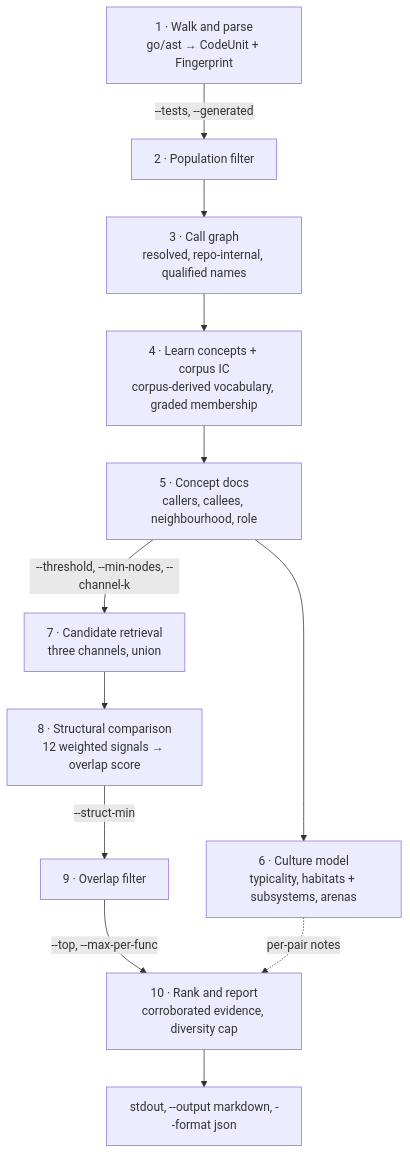
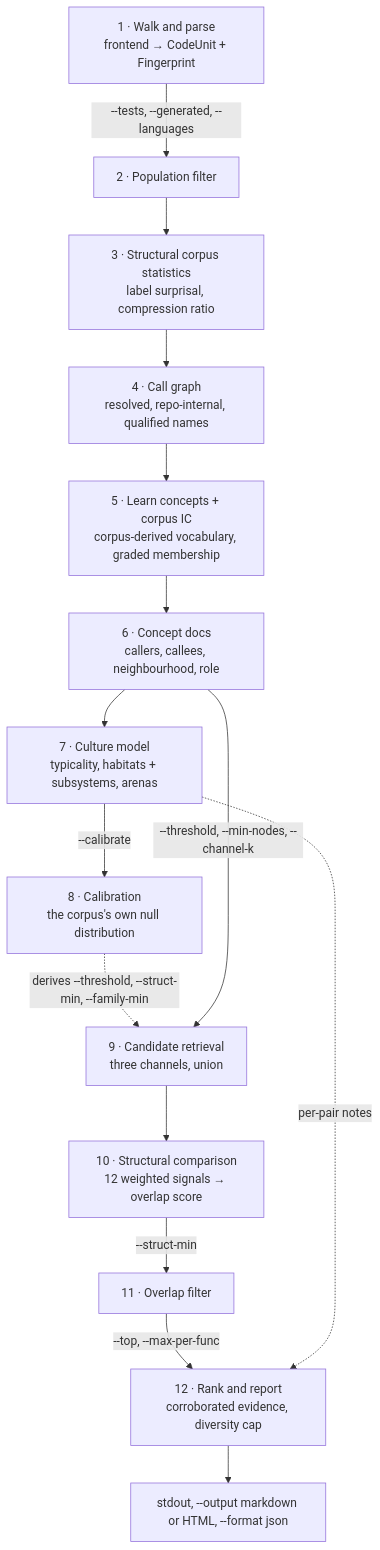
The first of 9 diagrams in .github/wiki/how-it-works.md (LukasSelin/doppel), drawn with Mermaid before and after one commit. The commit also changed other lines of this file and 4 other files, not shown here.

````diff
--- a/.github/wiki/how-it-works.md
+++ b/.github/wiki/how-it-works.md
@@ -11,24 +11,28 @@
 ```mermaid
 flowchart TD
-    parse["1 · Walk and parse<br/>go/ast → CodeUnit + Fingerprint"]
+    parse["1 · Walk and parse<br/>frontend → CodeUnit + Fingerprint"]
     pop["2 · Population filter"]
-    cg["3 · Call graph<br/>resolved, repo-internal, qualified names"]
-    tag["4 · Learn concepts + corpus IC<br/>corpus-derived vocabulary, graded membership"]
-    docs["5 · Concept docs<br/>callers, callees, neighbourhood, role"]
-    cult["6 · Culture model<br/>typicality, habitats + subsystems, arenas"]
-    ret["7 · Candidate retrieval<br/>three channels, union"]
-    cmp["8 · Structural comparison<br/>12 weighted signals → overlap score"]
-    filt["9 · Overlap filter"]
-    rank["10 · Rank and report<br/>corroborated evidence, diversity cap"]
-    out["stdout, --output markdown, --format json"]
+    stat["3 · Structural corpus statistics<br/>label surprisal, compression ratio"]
+    cg["4 · Call graph<br/>resolved, repo-internal, qualified names"]
+    tag["5 · Learn concepts + corpus IC<br/>corpus-derived vocabulary, graded membership"]
+    docs["6 · Concept docs<br/>callers, callees, neighbourhood, role"]
+    cult["7 · Culture model<br/>typicality, habitats + subsystems, arenas"]
+    cal["8 · Calibration<br/>the corpus's own null distribution"]
+    ret["9 · Candidate retrieval<br/>three channels, union"]
+    cmp["10 · Structural comparison<br/>12 weighted signals → overlap score"]
+    filt["11 · Overlap filter"]
+    rank["12 · Rank and report<br/>corroborated evidence, diversity cap"]
+    out["stdout, --output markdown or HTML, --format json"]
 
-    parse -->|"--tests, --generated"| pop
-    pop --> cg --> tag --> docs
+    parse -->|"--tests, --generated, --languages"| pop
+    pop --> stat --> cg --> tag --> docs
     docs --> cult
+    cult -->|"--calibrate"| cal
+    cal -.->|"derives --threshold, --struct-min, --family-min"| ret
     docs -->|"--threshold, --min-nodes, --channel-k"| ret
     ret --> cmp
     cmp -->|"--struct-min"| filt
     filt -->|"--top, --max-per-func"| rank
     cult -.->|"per-pair notes"| rank
     rank --> out
 ```
````
